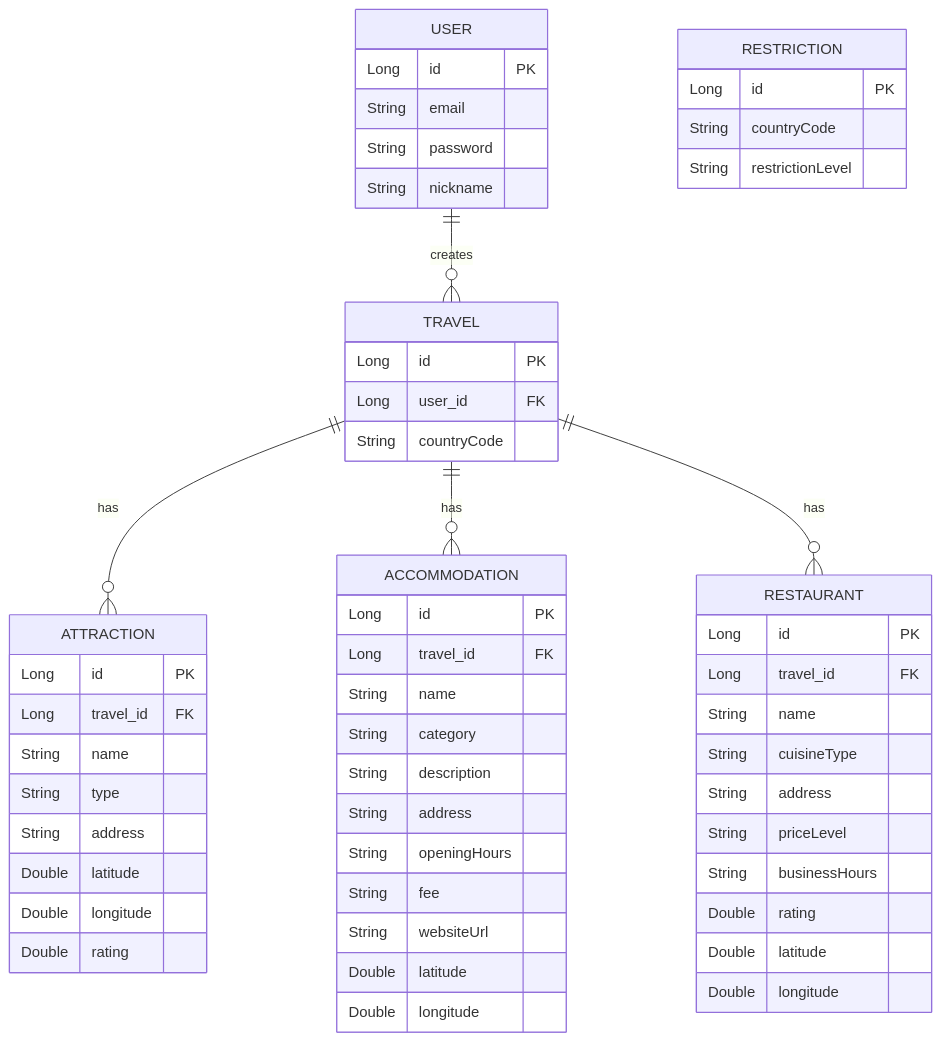
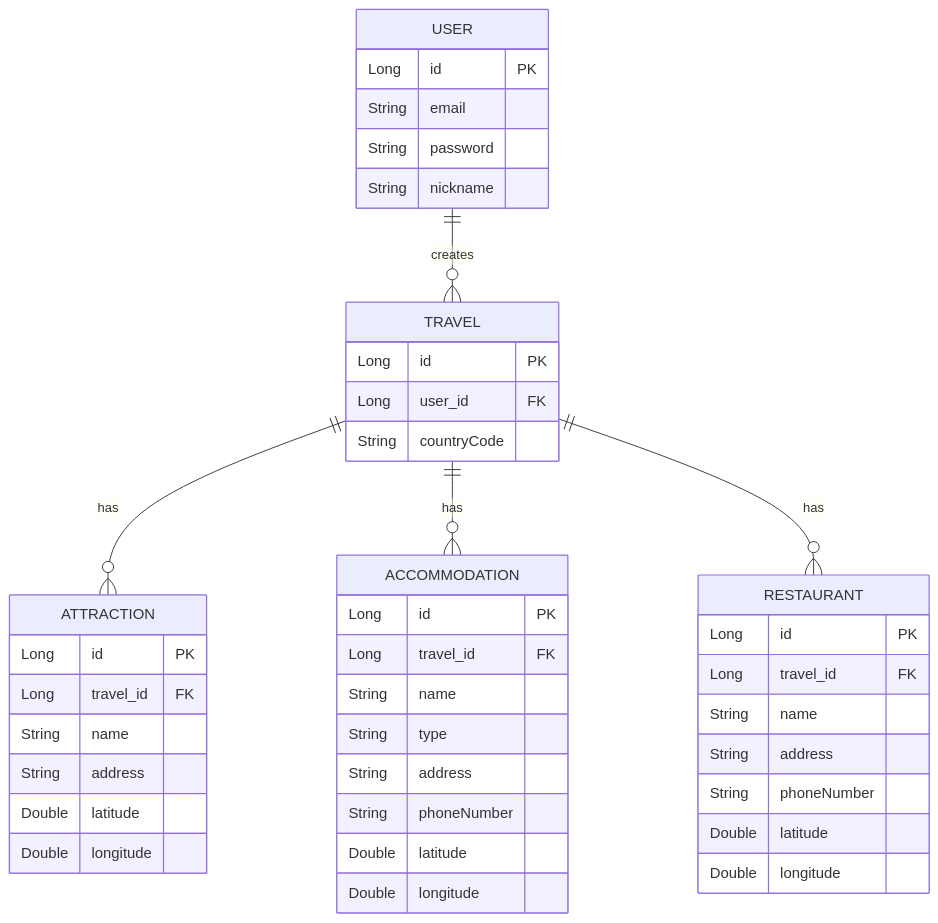
The third of 3 diagrams in 기록/회의기록.md (PPKK-Project/Tlan), drawn with Mermaid before and after one commit. The commit also changed 12 other files, not shown here.

````diff
--- a/기록/회의기록.md
+++ b/기록/회의기록.md
@@ -316,64 +316,50 @@
 ```mermaid
 erDiagram
     USER {
         Long id PK
         String email
         String password
         String nickname
     }
 
     TRAVEL {
         Long id PK
         Long user_id FK
         String countryCode
     }
 
     ATTRACTION {
         Long id PK
         Long travel_id FK
         String name
-        String type
         String address
         Double latitude
         Double longitude
-        Double rating
     }
 
     ACCOMMODATION {
         Long id PK
         Long travel_id FK
         String name
-        String category
-        String description
+        String type
         String address
-        String openingHours
-        String fee
-        String websiteUrl
+        String phoneNumber
         Double latitude
         Double longitude
     }
 
     RESTAURANT {
         Long id PK
         Long travel_id FK
         String name
-        String cuisineType
         String address
-        String priceLevel
-        String businessHours
-        Double rating
+        String phoneNumber
         Double latitude
         Double longitude
-    }
-
-    RESTRICTION {
-        Long id PK
-        String countryCode
-        String restrictionLevel
     }
 
     USER ||--o{ TRAVEL : "creates"
     TRAVEL ||--o{ ATTRACTION : "has"
     TRAVEL ||--o{ ACCOMMODATION : "has"
     TRAVEL ||--o{ RESTAURANT : "has"
 ```
````
